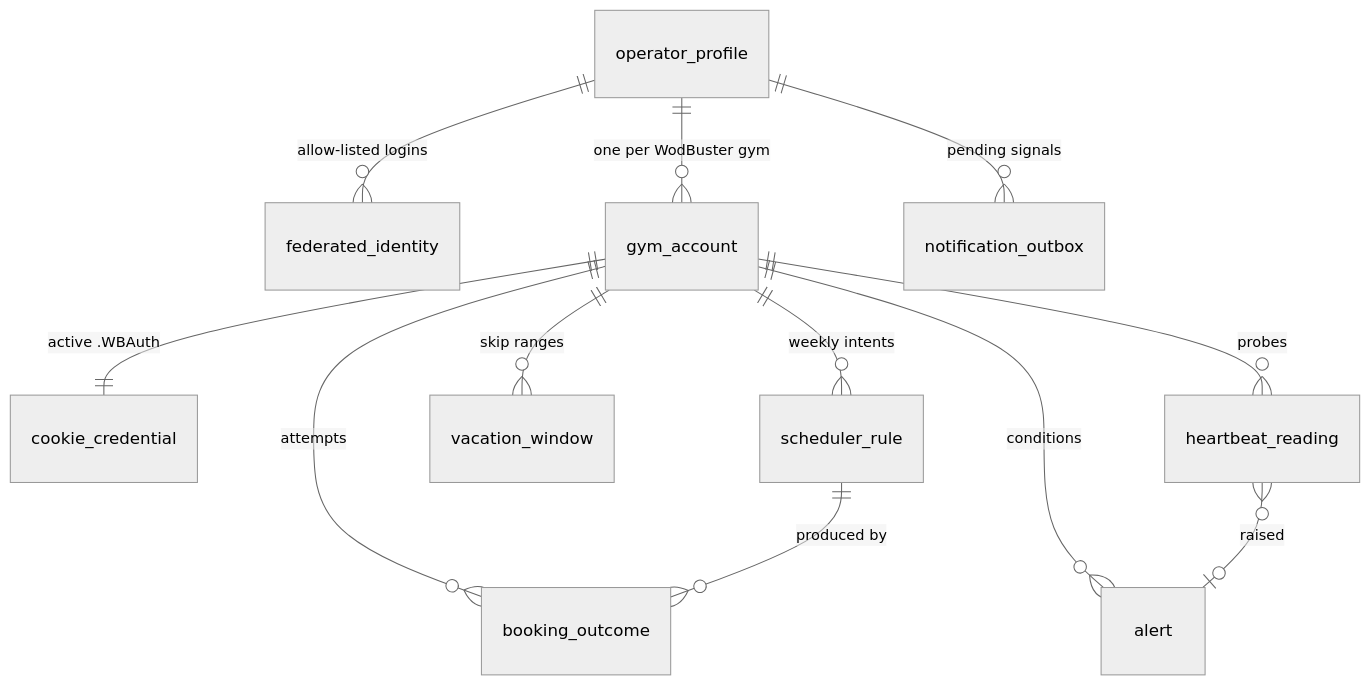
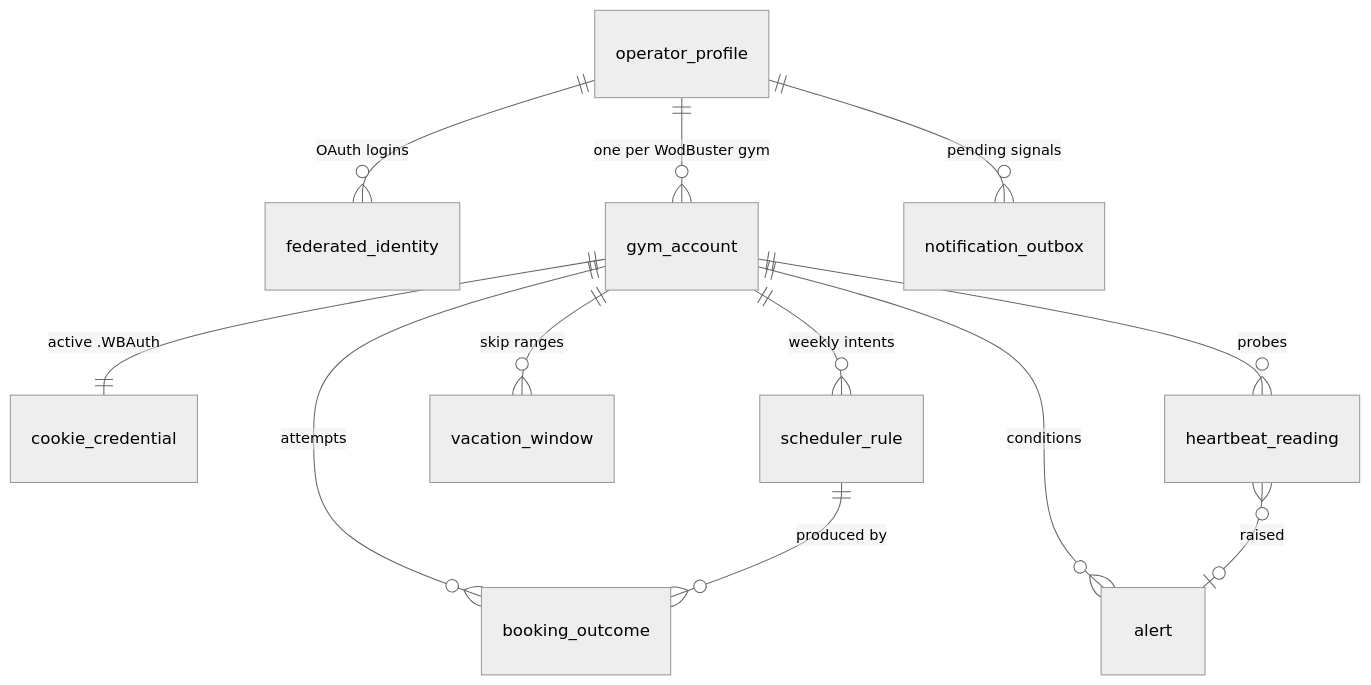
One commit to jluqueba/wodbuster-booking-scheduler changed the third of 4 diagrams in docs/DEVELOPER_GUIDE.md. Above: the diagram before and after it, drawn with Mermaid (neutral theme). The commit also changed other lines of this file and 17 other files, not shown here.

````diff
--- a/docs/DEVELOPER_GUIDE.md
+++ b/docs/DEVELOPER_GUIDE.md
@@ -152,14 +158,14 @@
 ```mermaid
 erDiagram
-    operator_profile ||--o{ federated_identity : "allow-listed logins"
+    operator_profile ||--o{ federated_identity : "OAuth logins"
     operator_profile ||--o{ gym_account : "one per WodBuster gym"
     operator_profile ||--o{ notification_outbox : "pending signals"
     gym_account ||--|| cookie_credential : "active .WBAuth"
     gym_account ||--o{ scheduler_rule : "weekly intents"
     gym_account ||--o{ booking_outcome : "attempts"
     gym_account ||--o{ vacation_window : "skip ranges"
     gym_account ||--o{ heartbeat_reading : "probes"
     gym_account ||--o{ alert : "conditions"
     scheduler_rule ||--o{ booking_outcome : "produced by"
     heartbeat_reading }o--o| alert : "raised"
 ```
````
